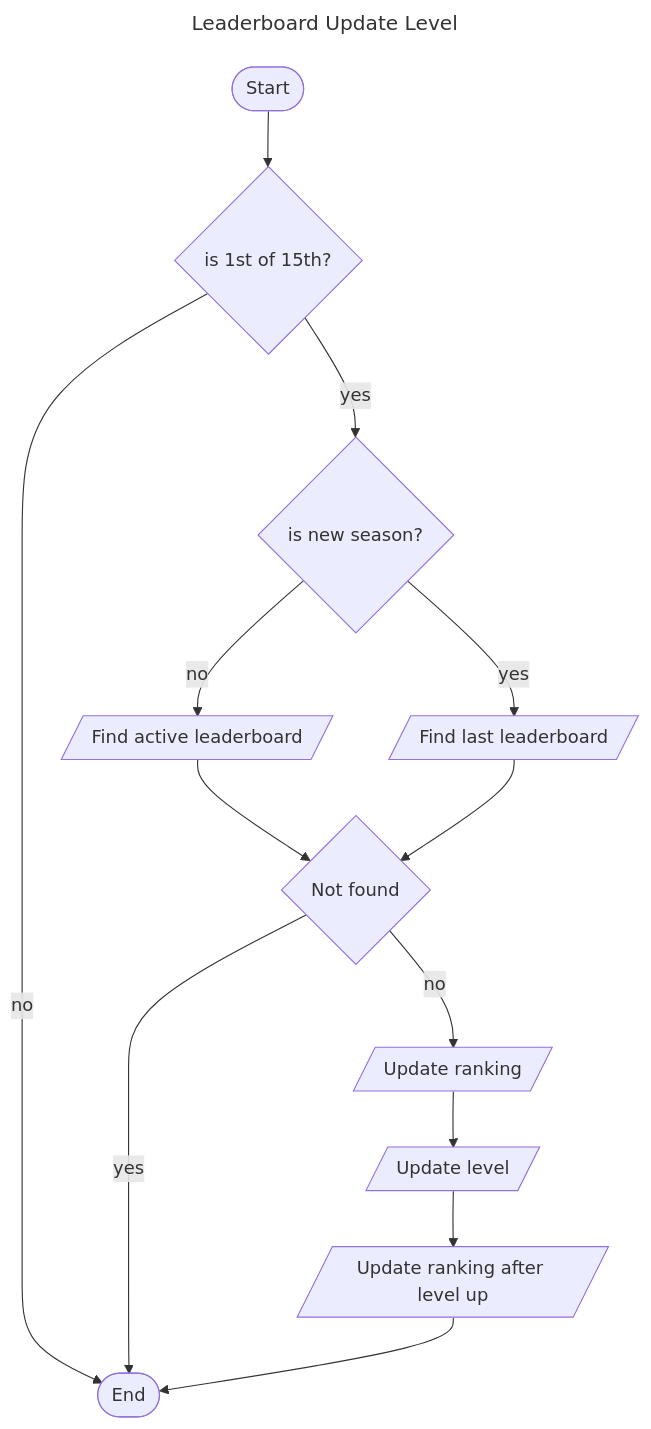
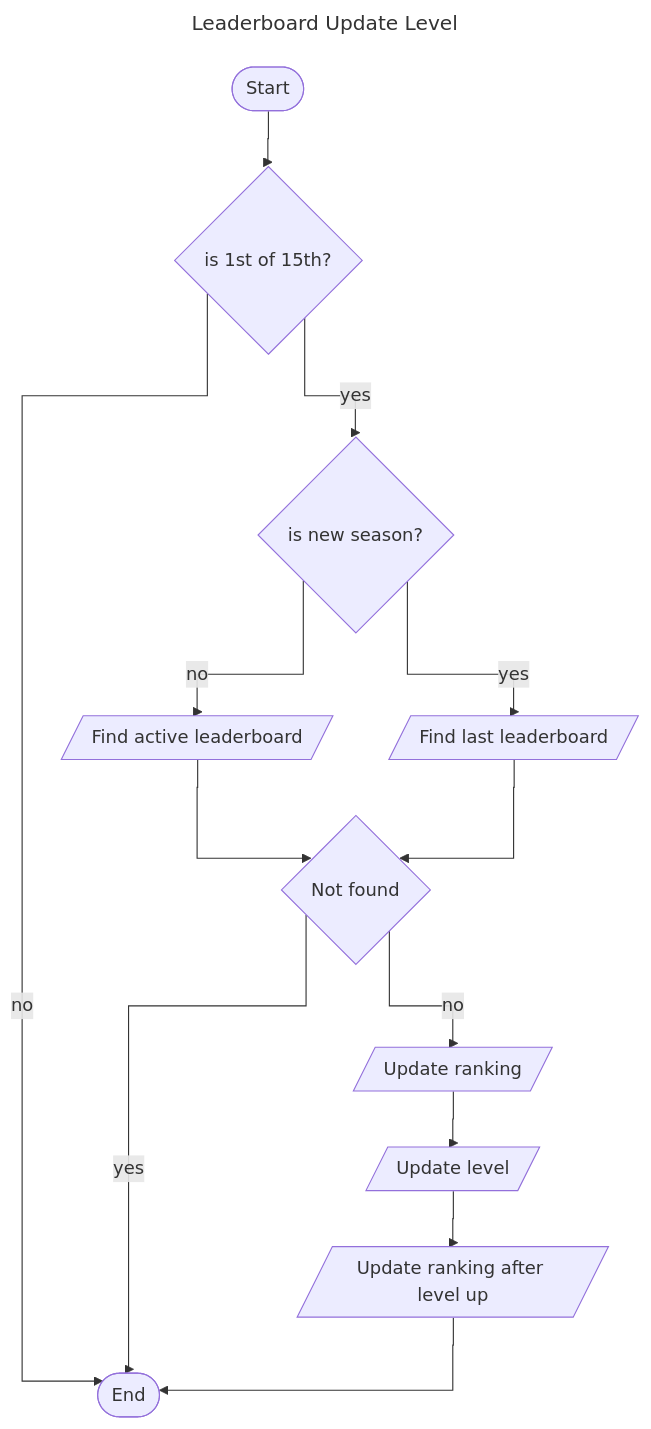
One commit to alextanhongpin/architecture-decision-records changed the second of 2 diagrams in architecture/013-diagram-as-code.md. Above: the diagram before and after it, drawn with Mermaid.

````diff
--- a/architecture/013-diagram-as-code.md
+++ b/architecture/013-diagram-as-code.md
@@ -39,33 +39,34 @@
 ```mermaid
 ---
 title: Leaderboard Update Level
 ---
+%%{init: {'theme': 'default', 'themeVariables': {'darkMode': false}, "flowchart" : { "curve" : "stepBefore" } } }%%
 flowchart TD
     start([Start])
     valid_date?{is 1st of 15th?}
     is_new_season?{is new season?}
 
     find_active_leaderboard[/Find active leaderboard/]
     find_last_leaderboard[/Find last leaderboard/]
     not_found{Not found}
     update_ranking[/Update ranking/]
     update_ranking_after_level_up[/Update ranking after level up/]
     update_level[/Update level/]
     exit([End])
 
     start --> valid_date?
     valid_date? -- no --> exit
     valid_date? -- yes --> is_new_season?
     is_new_season? -- no --> find_active_leaderboard
     find_active_leaderboard --> not_found
 
     is_new_season? -- yes --> find_last_leaderboard
     find_last_leaderboard --> not_found
 
     not_found -- yes --> exit
 
     not_found -- no --> update_ranking
     update_ranking --> update_level
     update_level --> update_ranking_after_level_up
     update_ranking_after_level_up --> exit
 ```
````
